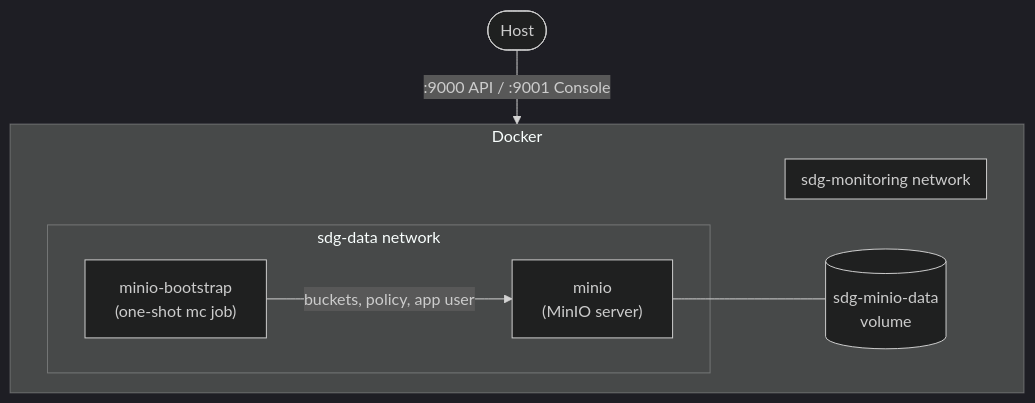
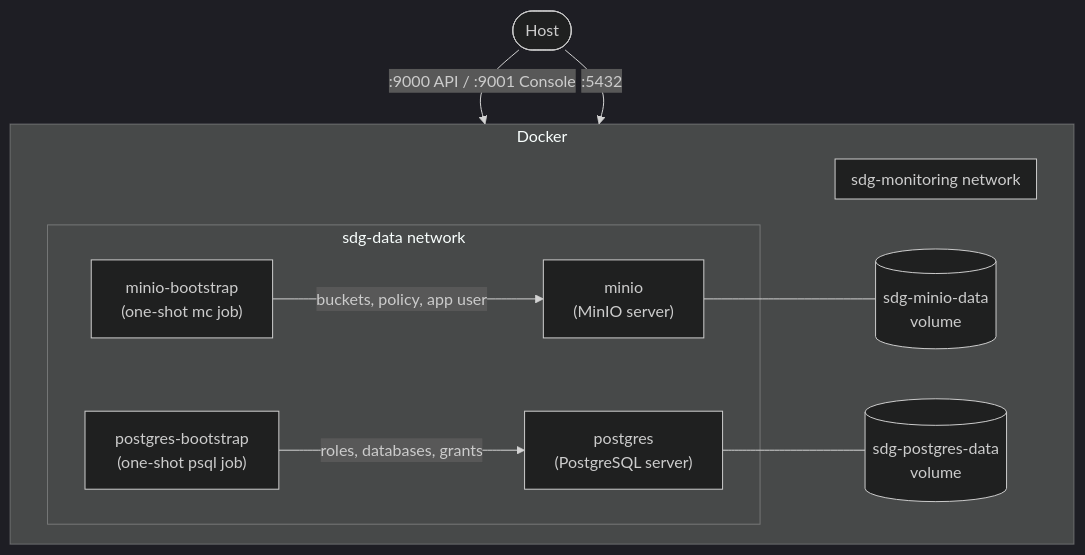
Before and after one commit to mellifluus/sdg-tech-challenge: the diagram in README.md, drawn with Mermaid (dark theme). The commit also changed 13 other files, not shown here.

Commit message:
postgresql with two databases, two roles, bootstrapped by a one shot job

````diff
--- a/README.md
+++ b/README.md
@@ -7,18 +7,24 @@
 ```mermaid
 flowchart TB
     subgraph docker["Docker"]
         direction LR
         subgraph sdg-data["sdg-data network"]
             minio["minio<br/>(MinIO server)"]
             bootstrap["minio-bootstrap<br/>(one-shot mc job)"]
+            postgres["postgres<br/>(PostgreSQL server)"]
+            pg_bootstrap["postgres-bootstrap<br/>(one-shot psql job)"]
         end
         subgraph sdg-monitoring["sdg-monitoring network"]
         end
         minio_vol[("sdg-minio-data<br/>volume")]
+        pg_vol[("sdg-postgres-data<br/>volume")]
     end
     host(["Host"])
 
     host -- ":9000 API / :9001 Console" --> minio
     bootstrap -- "buckets, policy, app user" --> minio
     minio --- minio_vol
+    host -- ":5432" --> postgres
+    pg_bootstrap -- "roles, databases, grants" --> postgres
+    postgres --- pg_vol
 ```
````
